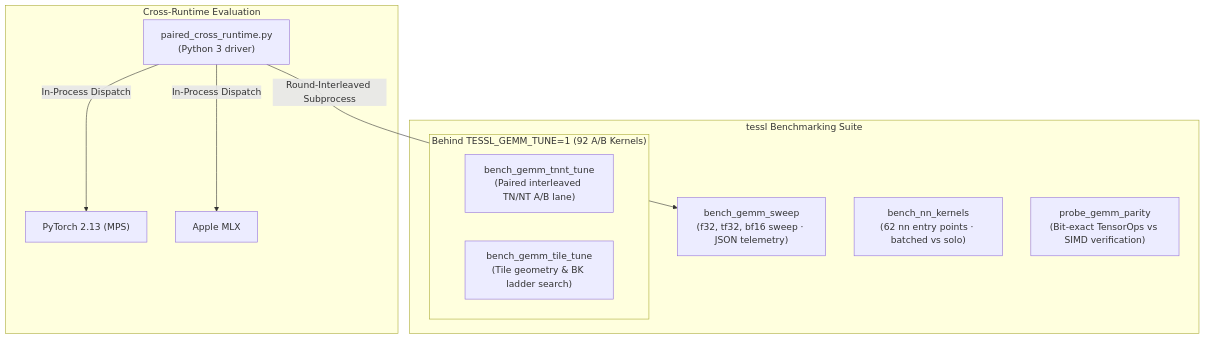
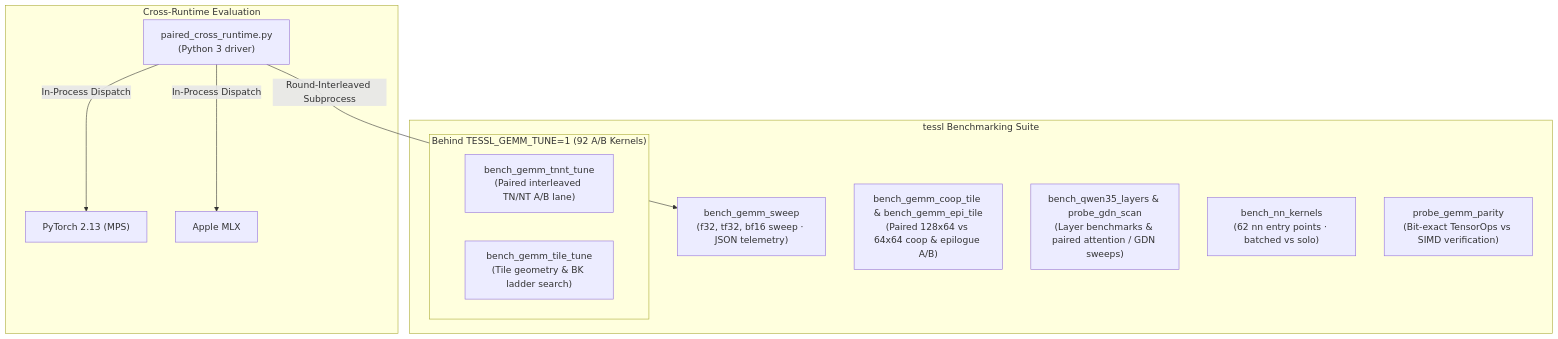
The first of 5 diagrams in docs/benchmarking.md (bharathvbcr/tessl), drawn with Mermaid before and after one commit. The commit also changed other lines of this file and 5 other files, not shown here.

Commit message:
docs: update architecture, verification, benchmarks, and changelog for short-M tiles and epilogues

````diff
--- a/docs/benchmarking.md
+++ b/docs/benchmarking.md
@@ -17,23 +21,25 @@
 ```mermaid
 flowchart TD
     subgraph Suite["tessl Benchmarking Suite"]
         Sweep["bench_gemm_sweep<br/>(f32, tf32, bf16 sweep · JSON telemetry)"]
+        TileAB["bench_gemm_coop_tile &amp; bench_gemm_epi_tile<br/>(Paired 128x64 vs 64x64 coop &amp; epilogue A/B)"]
+        QwenBench["bench_qwen35_layers &amp; probe_gdn_scan<br/>(Layer benchmarks &amp; paired attention / GDN sweeps)"]
         NnBench["bench_nn_kernels<br/>(62 nn entry points · batched vs solo)"]
         Parity["probe_gemm_parity<br/>(Bit-exact TensorOps vs SIMD verification)"]
         
         subgraph TuneGated["Behind TESSL_GEMM_TUNE=1 (92 A/B Kernels)"]
             TnNtTune["bench_gemm_tnnt_tune<br/>(Paired interleaved TN/NT A/B lane)"]
             TileTune["bench_gemm_tile_tune<br/>(Tile geometry &amp; BK ladder search)"]
         end
     end
 
     subgraph CrossRuntime["Cross-Runtime Evaluation"]
         PyHarness["paired_cross_runtime.py<br/>(Python 3 driver)"]
         TorchMPS["PyTorch 2.13 (MPS)"]
         MLX["Apple MLX"]
     end
 
     PyHarness -->|Round-Interleaved Subprocess| Sweep
     PyHarness -->|In-Process Dispatch| TorchMPS
     PyHarness -->|In-Process Dispatch| MLX
 ```
````
